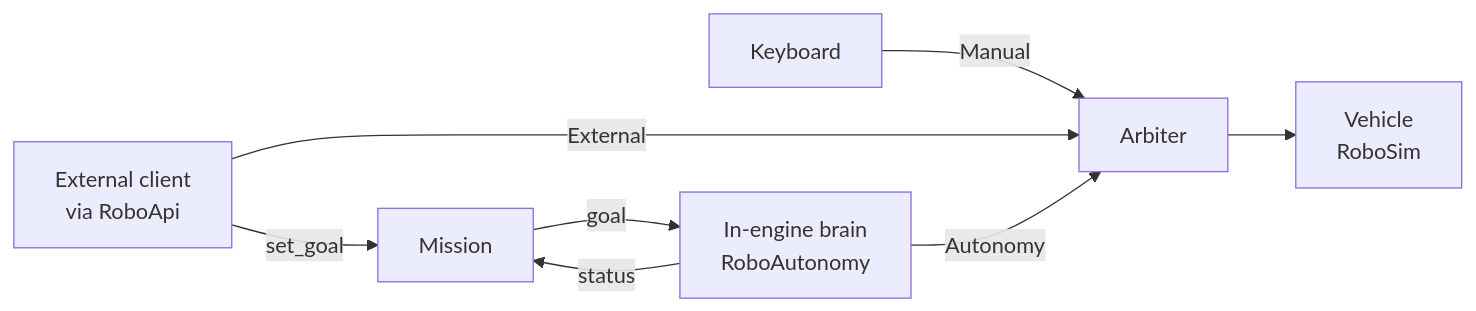
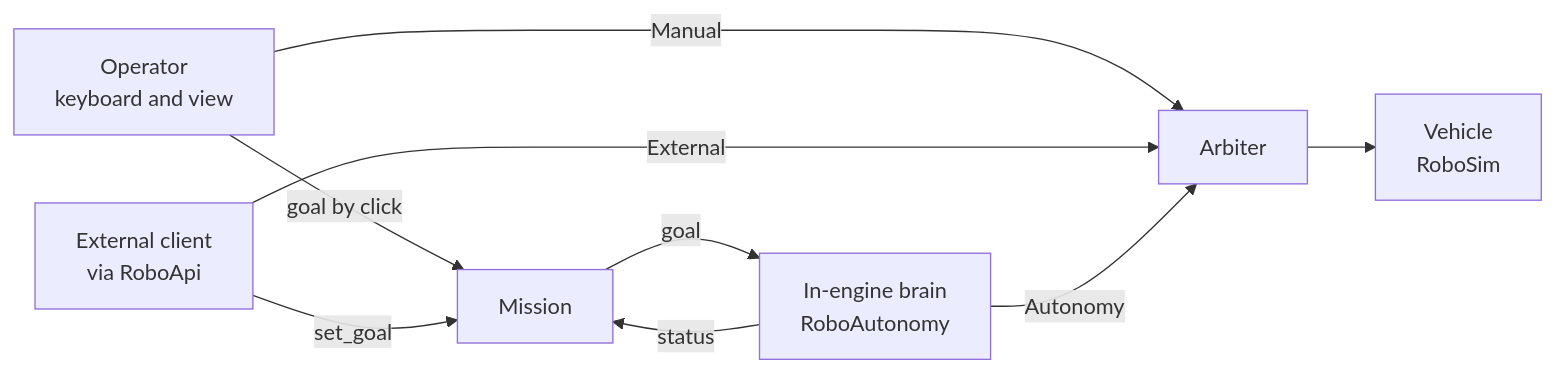
Before and after one commit to JoelAbe/RoboDrive: the second of 2 diagrams in README.md, drawn with Mermaid. The commit also changed other lines of this file and 1 other file, not shown here.

````diff
--- a/README.md
+++ b/README.md
@@ -101,10 +103,11 @@
 ```mermaid
 flowchart LR
-    Keyboard -- "Manual" --> Arbiter
+    Operator["Operator<br/>keyboard and view"] -- "Manual" --> Arbiter
+    Operator -- "goal by click" --> Mission
     Client["External client<br/>via RoboApi"] -- "External" --> Arbiter
     Client -- "set_goal" --> Mission
     Mission -- "goal" --> Brain["In-engine brain<br/>RoboAutonomy"]
     Brain -- "status" --> Mission
     Brain -- "Autonomy" --> Arbiter
     Arbiter --> Vehicle["Vehicle<br/>RoboSim"]
 ```
````
